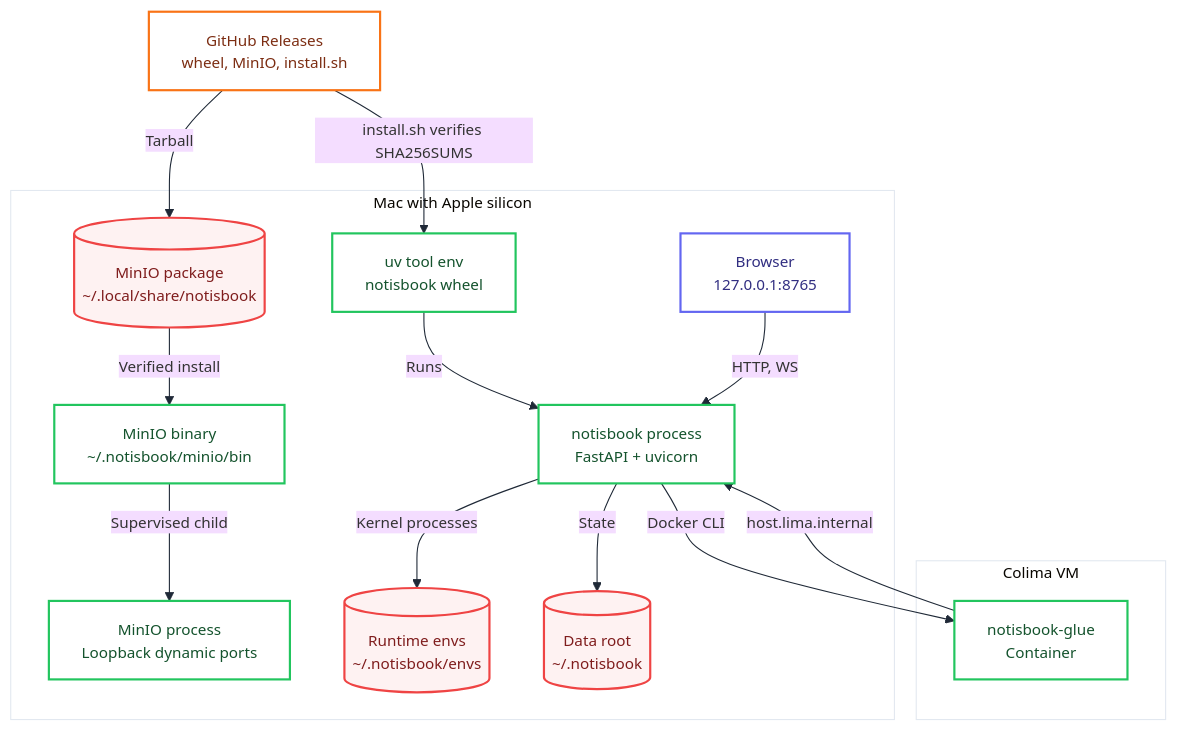
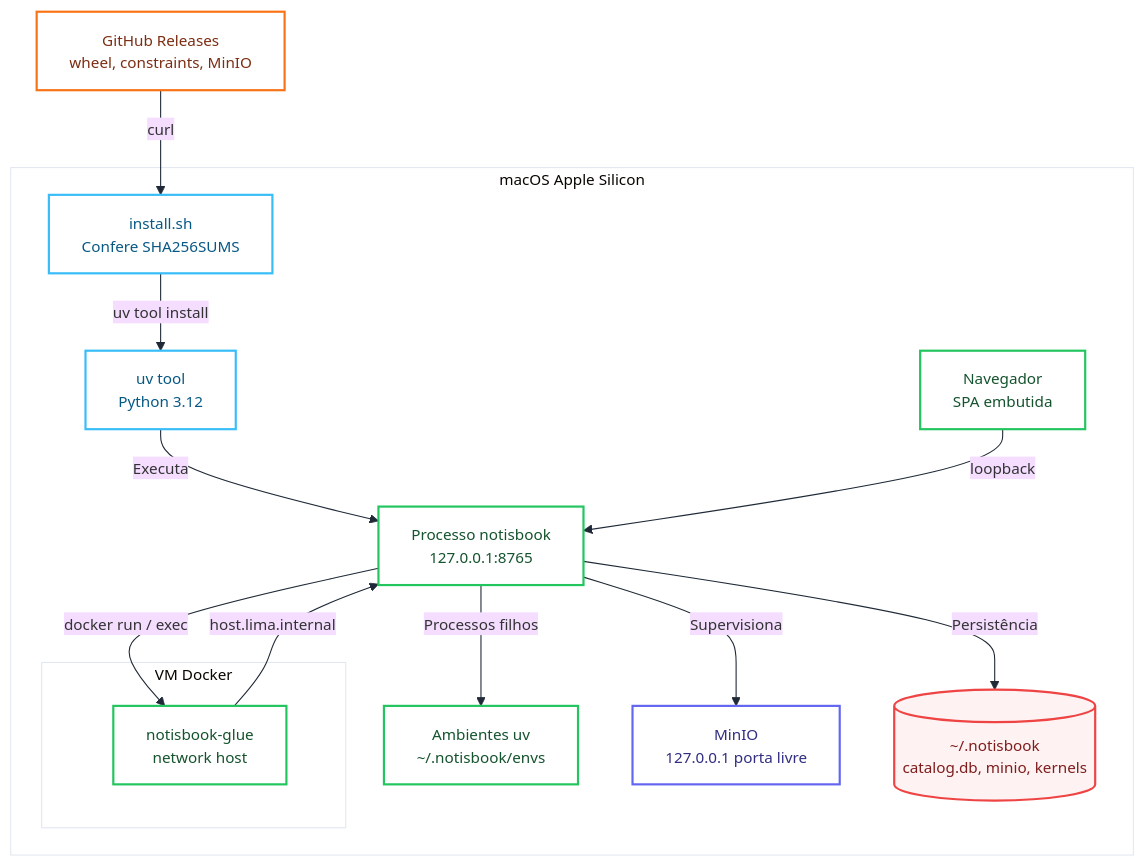
The diagram in docs/arch/deployment.mmd (ROM-mm/Notisbook), drawn with Mermaid before and after one commit. The commit also changed 7 other files, not shown here.

First line of the commit message:
fix(spark): bind local kernels to loopback only (#15)

```diff
--- a/docs/arch/deployment.mmd
+++ b/docs/arch/deployment.mmd
@@ -1,44 +1,42 @@
 %%{init: {"theme":"base",
   "fontFamily":"ui-monospace, SFMono-Regular, Menlo, monospace",
   "themeVariables":{
     "fontSize":"14px","lineColor":"#1F2937",
     "clusterBkg":"#FFFFFF","clusterBorder":"#E2E8F0"}}}%%
 graph TB
-    GH["GitHub Releases<br/>wheel, MinIO, install.sh"]
+    GHREL["GitHub Releases<br/>wheel, constraints, MinIO"]
 
-    subgraph MAC["Mac with Apple silicon"]
-        BROWSER["Browser<br/>127.0.0.1:8765"]
-        UVTOOL["uv tool env<br/>notisbook wheel"]
-        BACKEND["notisbook process<br/>FastAPI + uvicorn"]
-        MINIOBIN["MinIO binary<br/>~/.notisbook/minio/bin"]
-        MINIOPROC["MinIO process<br/>Loopback dynamic ports"]
-        ENVS[("Runtime envs<br/>~/.notisbook/envs")]
-        DATA[("Data root<br/>~/.notisbook")]
-        DIST[("MinIO package<br/>~/.local/share/notisbook")]
+    subgraph MAC["macOS Apple Silicon"]
+        INST["install.sh<br/>Confere SHA256SUMS"]
+        UVTOOL["uv tool<br/>Python 3.12"]
+        PROC["Processo notisbook<br/>127.0.0.1:8765"]
+        BROWSER["Navegador<br/>SPA embutida"]
+        ENVS["Ambientes uv<br/>~/.notisbook/envs"]
+        MINIOP["MinIO<br/>127.0.0.1 porta livre"]
+        HOME[("~/.notisbook<br/>catalog.db, minio, kernels")]
+        subgraph VMD["VM Docker"]
+            GC["notisbook-glue<br/>network host"]
+        end
     end
 
-    subgraph COLIMA["Colima VM"]
-        GLUEC["notisbook-glue<br/>Container"]
-    end
-
-    GH -->|"install.sh verifies SHA256SUMS"| UVTOOL
-    GH -->|"Tarball"| DIST
-    UVTOOL -->|"Runs"| BACKEND
-    DIST -->|"Verified install"| MINIOBIN
-    MINIOBIN -->|"Supervised child"| MINIOPROC
-    BROWSER -->|"HTTP, WS"| BACKEND
-    BACKEND -->|"Kernel processes"| ENVS
-    BACKEND -->|"State"| DATA
-    BACKEND -->|"Docker CLI"| GLUEC
-    GLUEC -->|"host.lima.internal"| BACKEND
+    GHREL -->|"curl"| INST
+    INST -->|"uv tool install"| UVTOOL
+    UVTOOL -->|"Executa"| PROC
+    BROWSER -->|"loopback"| PROC
+    PROC -->|"Processos filhos"| ENVS
+    PROC -->|"Supervisiona"| MINIOP
+    PROC -->|"Persistência"| HOME
+    PROC -->|"docker run / exec"| GC
+    GC -->|"host.lima.internal"| PROC
 
     classDef external    fill:#FFFFFF,stroke:#F97316,stroke-width:2px,color:#7C2D12
     classDef integration fill:#FFFFFF,stroke:#6366F1,stroke-width:2px,color:#312E81
     classDef processing  fill:#FFFFFF,stroke:#22C55E,stroke-width:2px,color:#14532D
     classDef persistence fill:#FEF2F2,stroke:#EF4444,stroke-width:2px,color:#7F1D1D
     classDef support     fill:#FFFFFF,stroke:#38BDF8,stroke-width:2px,color:#075985
 
-    class GH external
-    class BROWSER integration
-    class UVTOOL,BACKEND,MINIOBIN,MINIOPROC,GLUEC processing
-    class ENVS,DATA,DIST persistence
+    class GHREL external
+    class INST,UVTOOL support
+    class PROC,BROWSER,ENVS,GC processing
+    class MINIOP integration
+    class HOME persistence
```
